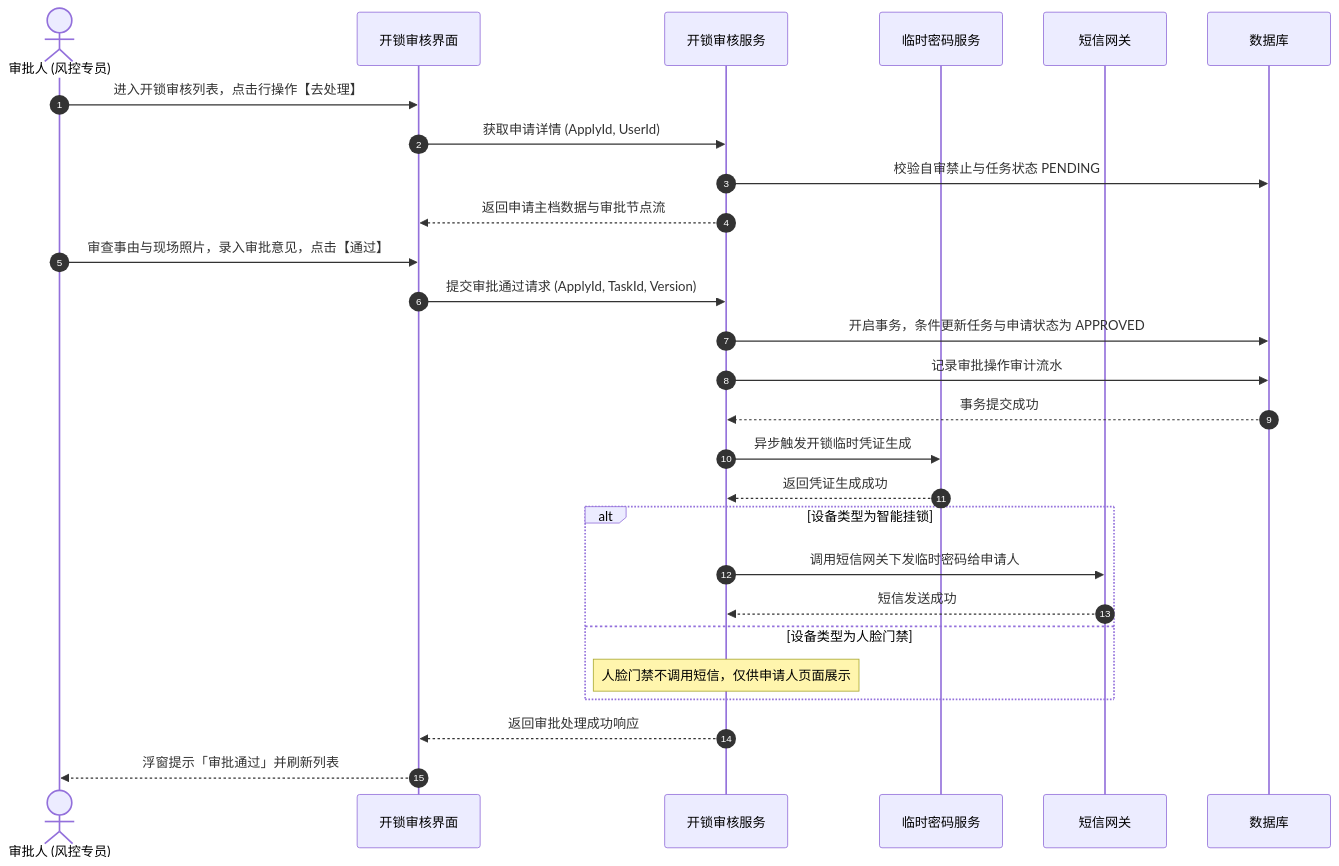
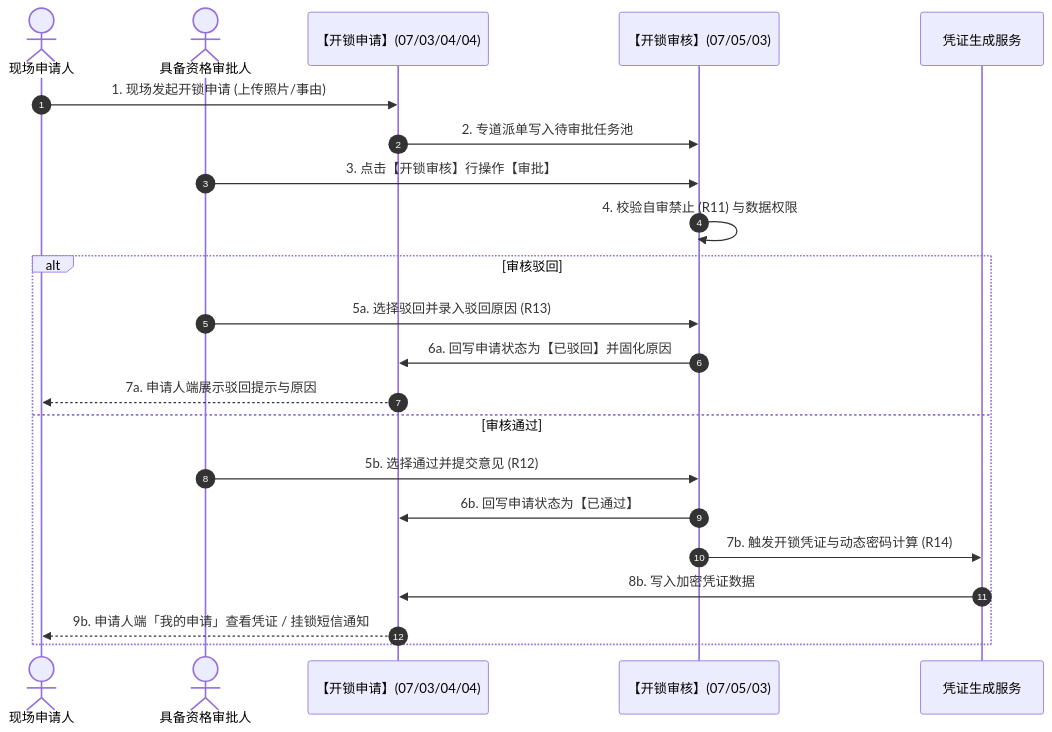
Before and after one commit to RobertHuang999/SYZC: the second of 2 diagrams in 02-PRD文档/🌟🌟🌟-最新基准版/B端PC/01-工作中心/01-审批中心/05-其他审批/03-开锁审核/开锁审核业务规则规格.md, drawn with Mermaid. The commit also changed other lines of this file and 624 other files, not shown here.

````diff
--- a/02-PRD文档/🌟🌟🌟-最新基准版/B端PC/01-工作中心/01-审批中心/05-其他审批/03-开锁审核/开锁审核业务规则规格.md
+++ b/02-PRD文档/🌟🌟🌟-最新基准版/B端PC/01-工作中心/01-审批中心/05-其他审批/03-开锁审核/开锁审核业务规则规格.md
@@ -101,30 +138,25 @@
 ```mermaid
 sequenceDiagram
     autonumber
-    actor U as 审批人 (风控专员)
-    participant F as 开锁审核界面
-    participant B as 开锁审核服务
-    participant SEC as 临时密码服务
-    participant SMS as 短信网关
-    participant DB as 数据库
+    actor Applicant as 现场申请人
+    actor Auditor as 具备资格审批人
+    participant Apply as 【开锁申请】(07/03/04/04)
+    participant Audit as 【开锁审核】(07/05/03)
+    participant Pwd as 凭证生成服务
 
-    U->>F: 进入开锁审核列表，点击行操作【去处理】
-    F->>B: 获取申请详情 (ApplyId, UserId)
-    B->>DB: 校验自审禁止与任务状态 PENDING
-    B-->>F: 返回申请主档数据与审批节点流
-    U->>F: 审查事由与现场照片，录入审批意见，点击【通过】
-    F->>B: 提交审批通过请求 (ApplyId, TaskId, Version)
-    B->>DB: 开启事务，条件更新任务与申请状态为 APPROVED
-    B->>DB: 记录审批操作审计流水
-    DB-->>B: 事务提交成功
-    B->>SEC: 异步触发开锁临时凭证生成
-    SEC-->>B: 返回凭证生成成功
-    alt 设备类型为智能挂锁
-        B->>SMS: 调用短信网关下发临时密码给申请人
-        SMS-->>B: 短信发送成功
-    else 设备类型为人脸门禁
-        Note over B: 人脸门禁不调用短信，仅供申请人页面展示
+    Applicant->>Apply: 1. 现场发起开锁申请 (上传照片/事由)
+    Apply->>Audit: 2. 专道派单写入待审批任务池
+    Auditor->>Audit: 3. 点击【开锁审核】行操作【审批】
+    Audit->>Audit: 4. 校验自审禁止 (R11) 与数据权限
+    alt 审核驳回
+        Auditor->>Audit: 5a. 选择驳回并录入驳回原因 (R13)
+        Audit->>Apply: 6a. 回写申请状态为【已驳回】并固化原因
+        Apply-->>Applicant: 7a. 申请人端展示驳回提示与原因
+    else 审核通过
+        Auditor->>Audit: 5b. 选择通过并提交意见 (R12)
+        Audit->>Apply: 6b. 回写申请状态为【已通过】
+        Audit->>Pwd: 7b. 触发开锁凭证与动态密码计算 (R14)
+        Pwd->>Apply: 8b. 写入加密凭证数据
+        Apply-->>Applicant: 9b. 申请人端「我的申请」查看凭证 / 挂锁短信通知
     end
-    B-->>F: 返回审批处理成功响应
-    F-->>U: 浮窗提示「审批通过」并刷新列表
 ```
````
